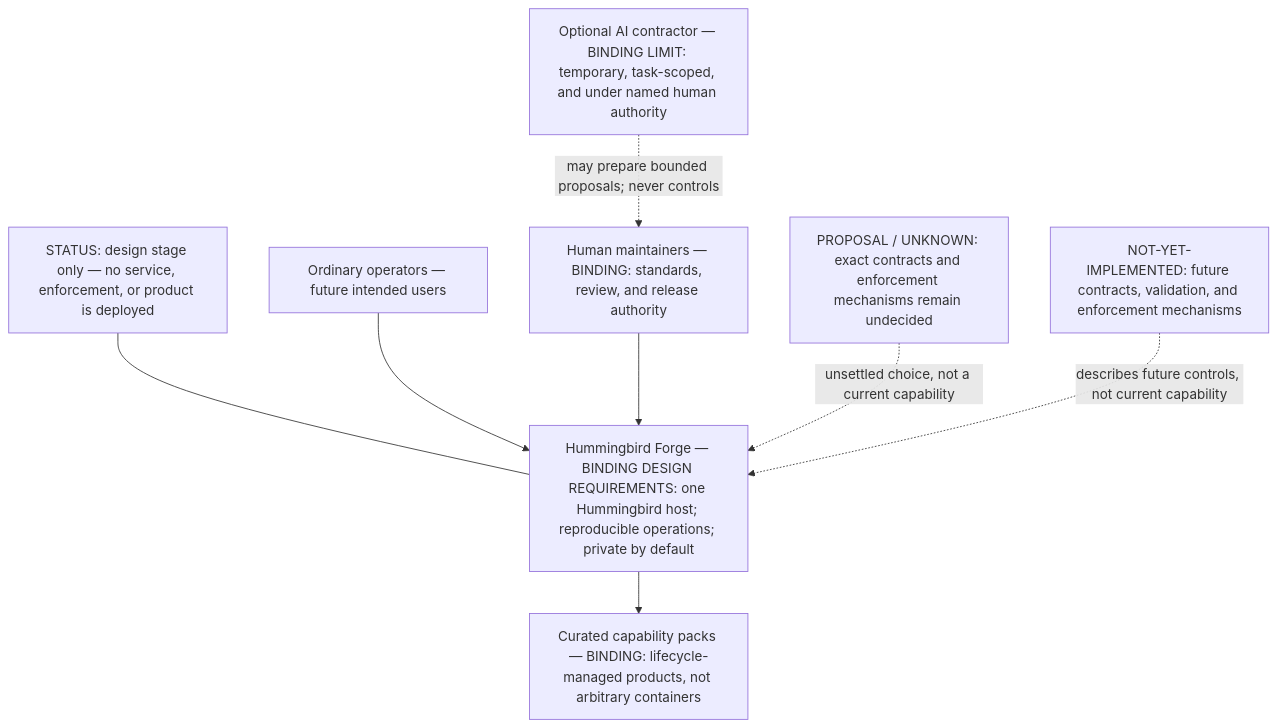
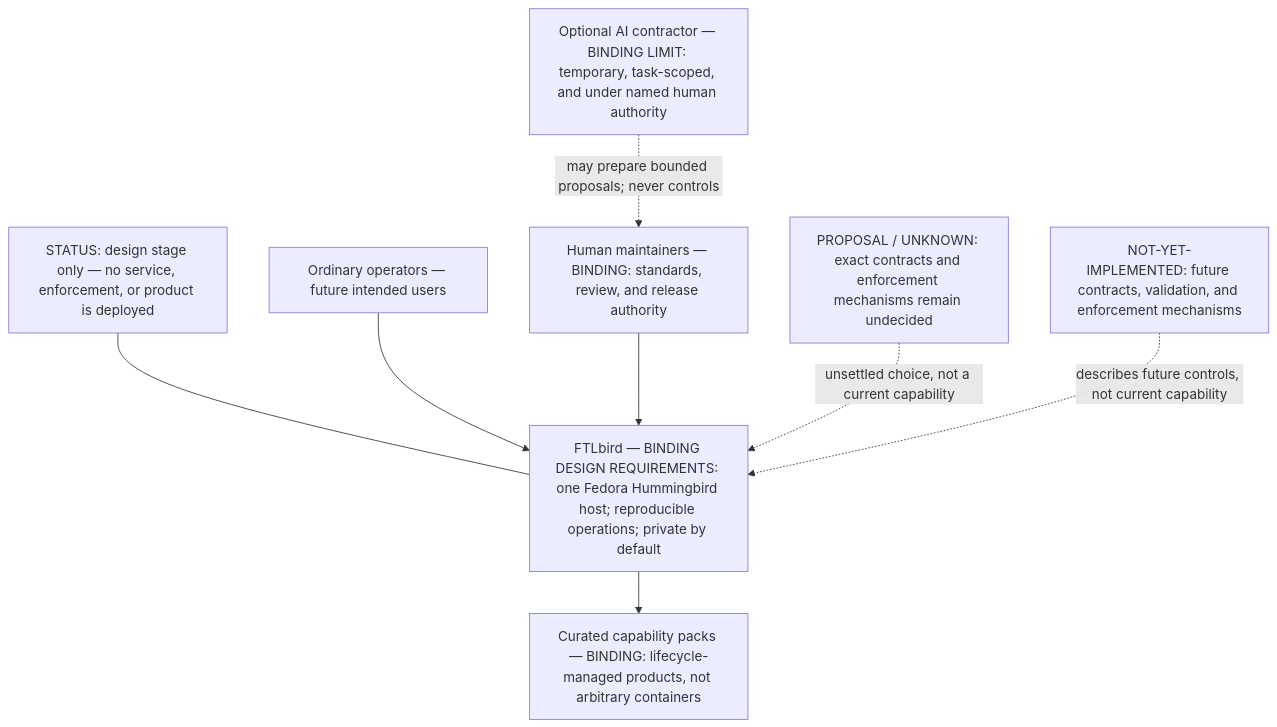
Before and after one commit to nissifield/ftlbird-waypoint: the first of 4 diagrams in README.md, drawn with Mermaid. The commit also changed other lines of this file, not shown here.

Commit message:
docs: rename project to FTLbird

````diff
--- a/README.md
+++ b/README.md
@@ -32,18 +34,18 @@
 ```mermaid
 flowchart TB
     status["STATUS: design stage only — no service, enforcement, or product is deployed"]
     operators["Ordinary operators — future intended users"]
-    forge["Hummingbird Forge — BINDING DESIGN REQUIREMENTS: one Hummingbird host; reproducible operations; private by default"]
+    forge["FTLbird — BINDING DESIGN REQUIREMENTS: one Fedora Hummingbird host; reproducible operations; private by default"]
     packs["Curated capability packs — BINDING: lifecycle-managed products, not arbitrary containers"]
     maintainers["Human maintainers — BINDING: standards, review, and release authority"]
     ai["Optional AI contractor — BINDING LIMIT: temporary, task-scoped, and under named human authority"]
     unknown["PROPOSAL / UNKNOWN: exact contracts and enforcement mechanisms remain undecided"]
     future["NOT-YET-IMPLEMENTED: future contracts, validation, and enforcement mechanisms"]
 
     status --- forge
     operators --> forge --> packs
     maintainers --> forge
     ai -. "may prepare bounded proposals; never controls" .-> maintainers
     unknown -. "unsettled choice, not a current capability" .-> forge
     future -. "describes future controls, not current capability" .-> forge
 ```
````
